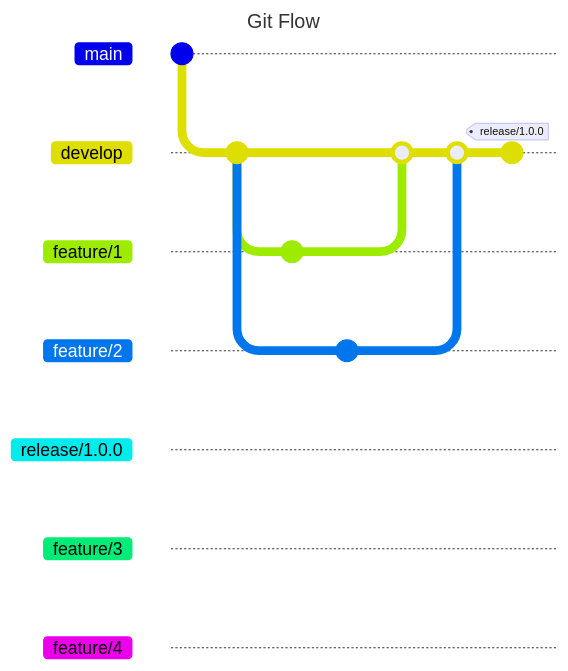
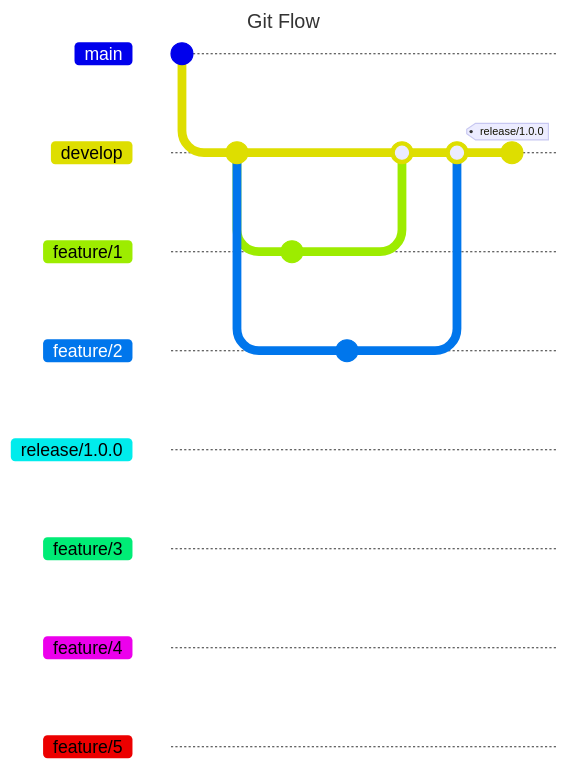
One commit to Weydon-Ding/learn-gitflow changed the diagram in README.md. Above: the diagram before and after it, drawn with Mermaid. Commit ids are hidden.

Commit message:
feat: branch feature/5

````diff
--- a/README.md
+++ b/README.md
@@ -3,28 +3,29 @@
 ```mermaid
 ---
 title: Git Flow
 ---
 
 gitGraph
 
 commit
 branch develop
 
 commit
 branch feature/1
 branch feature/2
 
 checkout feature/1
 commit
 
 checkout feature/2
 commit
 
 checkout develop
 merge feature/1
 merge feature/2
 commit tag:"release/1.0.0"
 branch release/1.0.0
 branch feature/3
 branch feature/4
+branch feature/5
 ```
````
